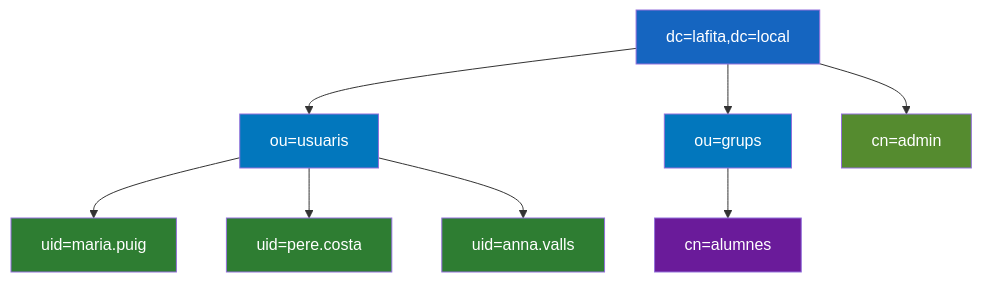
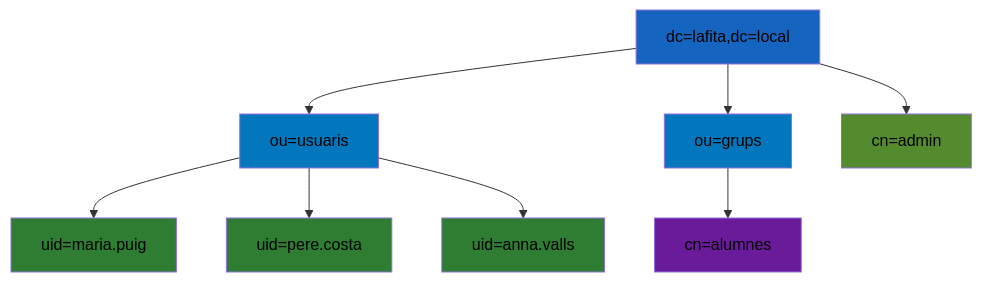
Before and after one commit to xtartera/TartyDocs: the diagram in docs/ut2/bloc3-ldap-conceptes/10-conceptes-ldap.md, drawn with Mermaid.

Commit message:
ut2: color text mermaid #fff → #000 a 10-conceptes-ldap

````diff
--- a/docs/ut2/bloc3-ldap-conceptes/10-conceptes-ldap.md
+++ b/docs/ut2/bloc3-ldap-conceptes/10-conceptes-ldap.md
@@ -29,19 +29,19 @@
     ```mermaid
     graph TD
         A["dc=lafita,dc=local"] --> B["ou=usuaris"]
         A --> C["ou=grups"]
         A --> D["cn=admin"]
         B --> E["uid=maria.puig"]
         B --> F["uid=pere.costa"]
         B --> G["uid=anna.valls"]
         C --> H["cn=alumnes"]
 
-        style A fill:#1565C0,color:#fff
-        style B fill:#0277BD,color:#fff
-        style C fill:#0277BD,color:#fff
-        style D fill:#558B2F,color:#fff
-        style E fill:#2E7D32,color:#fff
-        style F fill:#2E7D32,color:#fff
-        style G fill:#2E7D32,color:#fff
-        style H fill:#6A1B9A,color:#fff
+        style A fill:#1565C0,color:#000
+        style B fill:#0277BD,color:#000
+        style C fill:#0277BD,color:#000
+        style D fill:#558B2F,color:#000
+        style E fill:#2E7D32,color:#000
+        style F fill:#2E7D32,color:#000
+        style G fill:#2E7D32,color:#000
+        style H fill:#6A1B9A,color:#000
     ```
````
